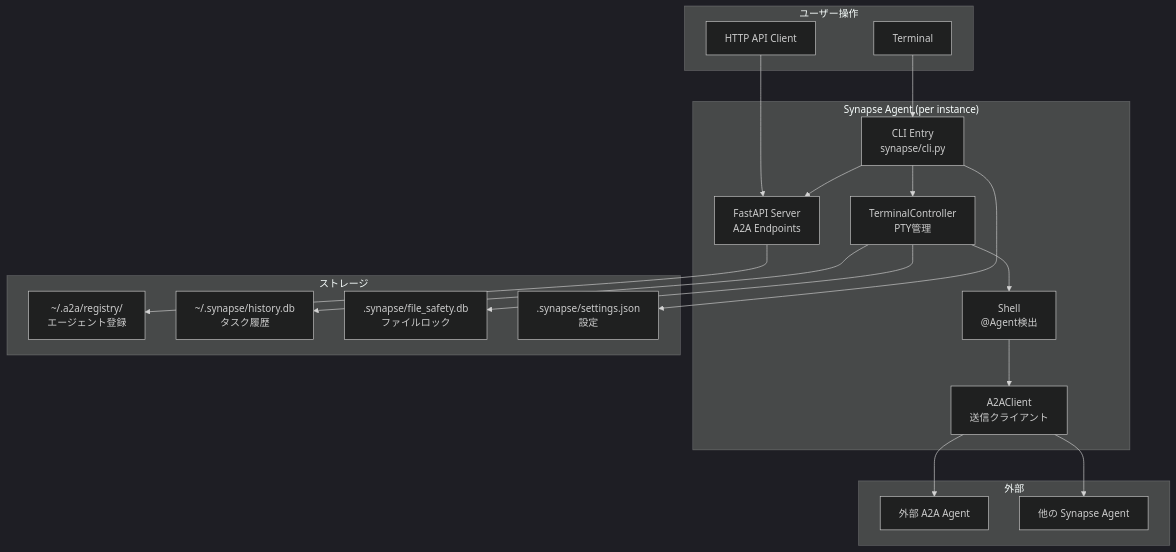
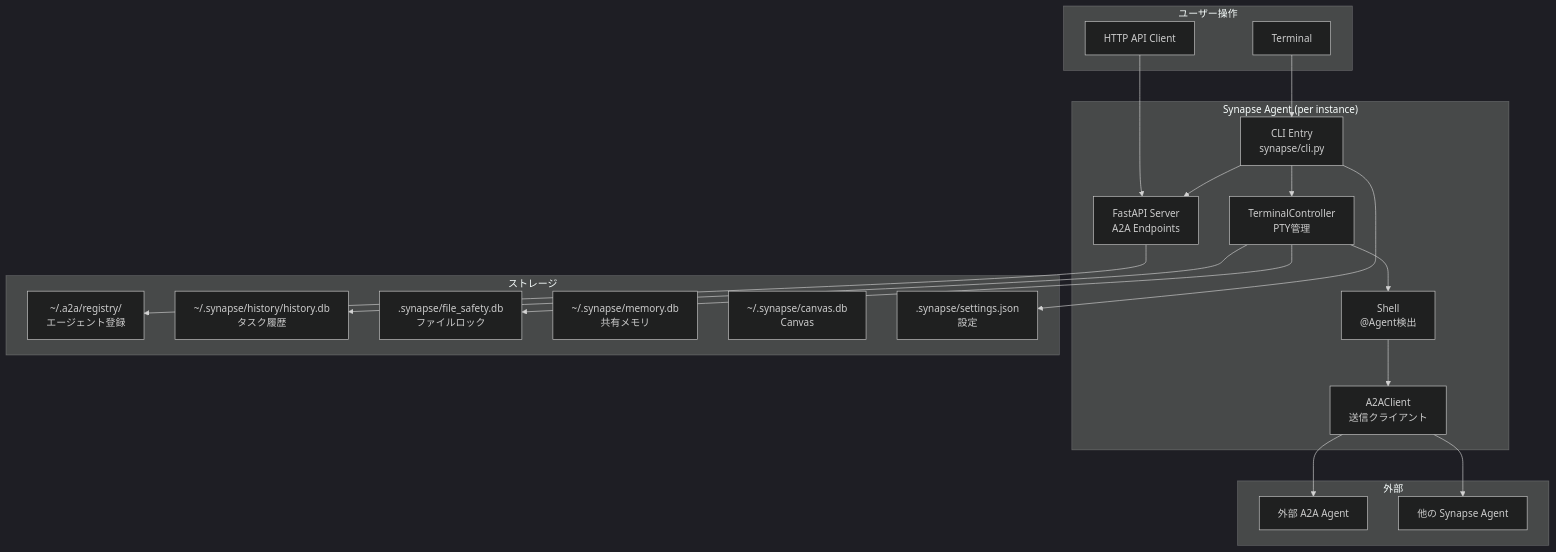
Before and after one commit to s-hiraoku/synapse-a2a: the first of 4 diagrams in guides/overview.md, drawn with Mermaid (dark theme). The commit also changed other lines of this file and 74 other files, not shown here.

````diff
--- a/guides/overview.md
+++ b/guides/overview.md
@@ -68,40 +68,42 @@
 ```mermaid
 flowchart TB
     subgraph User["ユーザー操作"]
         Terminal["Terminal"]
         API["HTTP API Client"]
     end
 
     subgraph SynapseAgent["Synapse Agent (per instance)"]
         CLI["CLI Entry<br/>synapse/cli.py"]
         Controller["TerminalController<br/>PTY管理"]
         Server["FastAPI Server<br/>A2A Endpoints"]
         Router["Shell<br/>@Agent検出"]
         Client["A2AClient<br/>送信クライアント"]
     end
 
     subgraph Storage["ストレージ"]
         Registry["~/.a2a/registry/<br/>エージェント登録"]
-        History["~/.synapse/history.db<br/>タスク履歴"]
+        History["~/.synapse/history/history.db<br/>タスク履歴"]
         FileSafety[".synapse/file_safety.db<br/>ファイルロック"]
+        Memory["~/.synapse/memory.db<br/>共有メモリ"]
+        Canvas["~/.synapse/canvas.db<br/>Canvas"]
         Settings[".synapse/settings.json<br/>設定"]
     end
 
     subgraph External["外部"]
         ExtAgent["外部 A2A Agent"]
         OtherSynapse["他の Synapse Agent"]
     end
 
     Terminal --> CLI
     API --> Server
     CLI --> Controller
     CLI --> Server
     Controller --> Router
     Router --> Client
     Client --> OtherSynapse
     Client --> ExtAgent
     Server --> Registry
     Controller --> History
     Controller --> FileSafety
     CLI --> Settings
 ```
````
